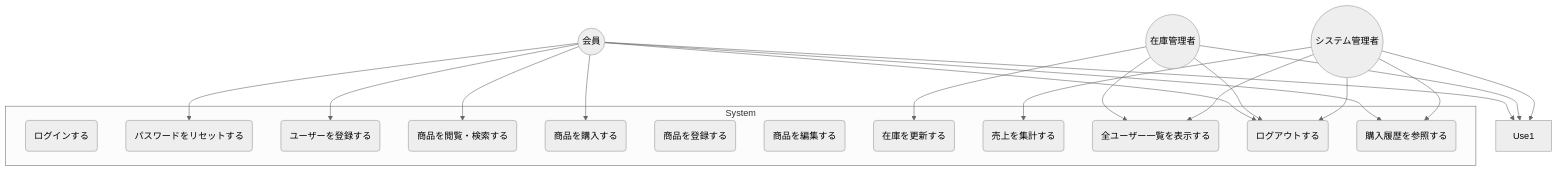
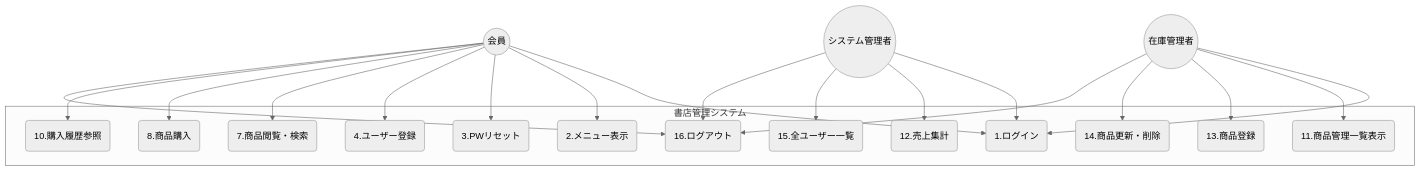
Before and after one commit to namae-mizutani/yuki-mizutani-educure-app: the diagram in 8-3_要件定義/use_case.md, drawn with Mermaid (neutral theme). The commit also changed 4 other files, not shown here.

````diff
--- a/8-3_要件定義/use_case.md
+++ b/8-3_要件定義/use_case.md
@@ -1,40 +1,42 @@
 ```mermaid
 graph TD
     User((会員))
     Staff((在庫管理者))
     Master((システム管理者))
 
-    subgraph System
-        sUse1(ログインする)
-        Use2(パスワードをリセットする)
-        Use3(ユーザーを登録する)
-        Use4(商品を閲覧・検索する)
-        Use5(商品を購入する)
-        Use6(商品を登録する)
-        Use7(商品を編集する)
-        Use8(在庫を更新する)
-        Use9(売上を集計する)
-        Use10(全ユーザー一覧を表示する)
-        Use11(ログアウトする)
-        Use12(購入履歴を参照する)
+    subgraph System [書店管理システム]
+        U1(1.ログイン)
+        U2(2.メニュー表示)
+        U3(3.PWリセット)
+        U4(4.ユーザー登録)
+        U7(7.商品閲覧・検索)
+        U8(8.商品購入)
+        U10(10.購入履歴参照)
+        U11(11.商品管理一覧表示)
+        U12(12.売上集計)
+        U13(13.商品登録)
+        U14(14.商品更新・削除)
+        U15(15.全ユーザー一覧)
+        U16(16.ログアウト)
     end
 
-    User --> Use1
-    User --> Use2
-    User --> Use3
-    User --> Use4
-    User --> Use5
-    User --> Use11
-    User --> Use12
+    User --> U1
+    User --> U2
+    User --> U3
+    User --> U4
+    User --> U7
+    User --> U8
+    User --> U10
+    User --> U16
 
-    Staff --> Use1
-    Staff --> Use8
-    Staff --> Use10
-    Staff --> Use11
+    Staff --> U1
+    Staff --> U11
+    Staff --> U13
+    Staff --> U14
+    Staff --> U16
 
-    Master --> Use1
-    Master --> Use9
-    Master --> Use10
-    Master --> Use11
-    Master --> Use12
+    Master --> U1
+    Master --> U12
+    Master --> U15
+    Master --> U16
 ```
````
